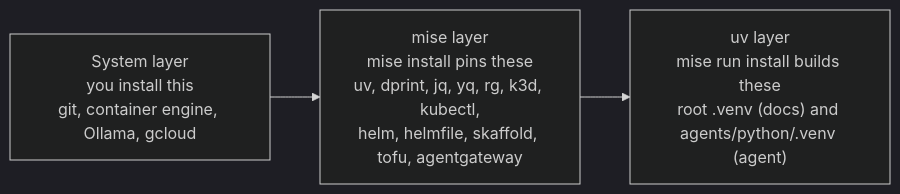
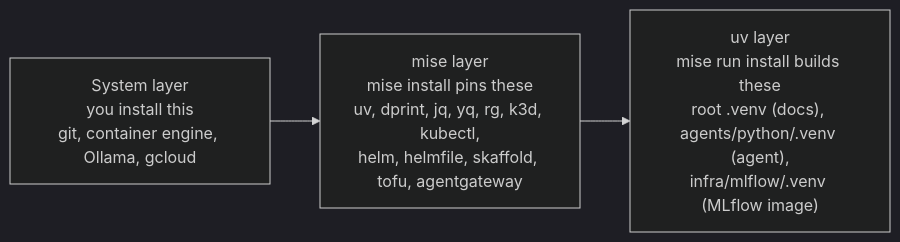
Before and after one commit to LuiGGi629/agentops-open-course: the first of 2 diagrams in docs/1. Setup/1.0. System.md, drawn with Mermaid (dark theme). The commit also changed 24 other files, not shown here.

````diff
--- a/docs/1. Setup/1.0. System.md
+++ b/docs/1. Setup/1.0. System.md
@@ -34,7 +34,7 @@
 ```mermaid
 flowchart LR
     A["System layer<br/>you install this<br/>git, container engine, Ollama, gcloud"]
     B["mise layer<br/>mise install pins these<br/>uv, dprint, jq, yq, rg, k3d, kubectl,<br/>helm, helmfile, skaffold, tofu, agentgateway"]
-    C["uv layer<br/>mise run install builds these<br/>root .venv (docs) and agents/python/.venv (agent)"]
+    C["uv layer<br/>mise run install builds these<br/>root .venv (docs), agents/python/.venv (agent),<br/>infra/mlflow/.venv (MLflow image)"]
     A --> B --> C
 ```
````
